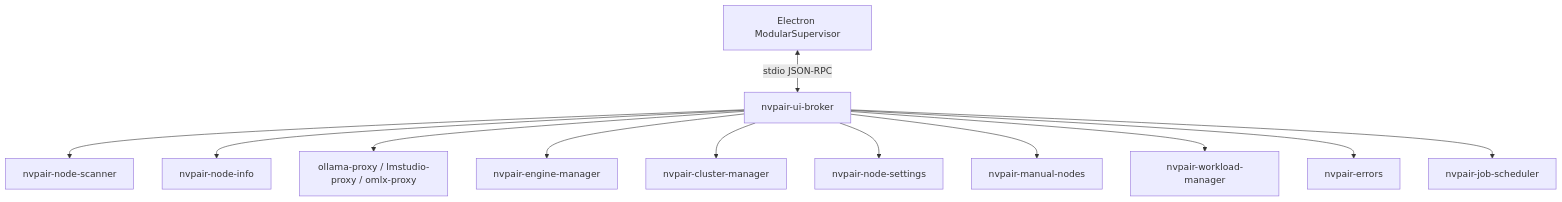
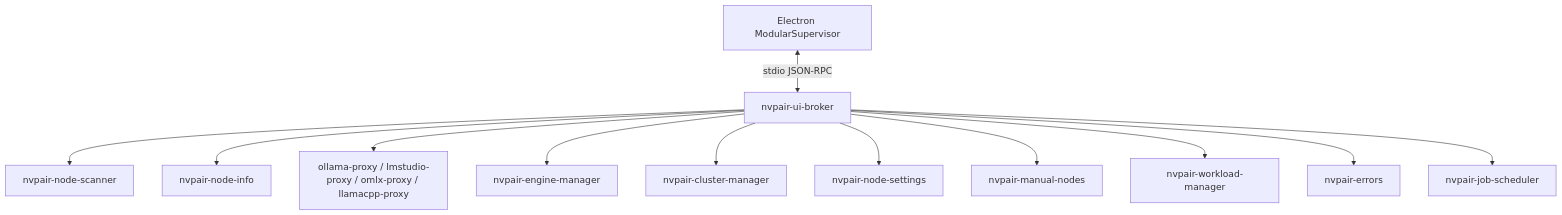
The diagram in desktop/docs/services-backend.md (JaredP94/Personal-AI-Router), drawn with Mermaid before and after one commit. The commit also changed other lines of this file and 87 other files, not shown here.

````diff
--- a/desktop/docs/services-backend.md
+++ b/desktop/docs/services-backend.md
@@ -43,27 +44,27 @@
 ```mermaid
 flowchart TB
     Electron["Electron ModularSupervisor"]
     Broker["nvpair-ui-broker"]
     Scanner["nvpair-node-scanner"]
     NodeInfo["nvpair-node-info"]
-    Proxies["ollama-proxy / lmstudio-proxy / omlx-proxy"]
+    Proxies["ollama-proxy / lmstudio-proxy / omlx-proxy / llamacpp-proxy"]
     Engines["nvpair-engine-manager"]
     Cluster["nvpair-cluster-manager"]
     Settings["nvpair-node-settings"]
     Manual["nvpair-manual-nodes"]
     Workloads["nvpair-workload-manager"]
     Errors["nvpair-errors"]
     Scheduler["nvpair-job-scheduler"]
 
     Electron <-->|"stdio JSON-RPC"| Broker
     Broker --> Scanner
     Broker --> NodeInfo
     Broker --> Proxies
     Broker --> Engines
     Broker --> Cluster
     Broker --> Settings
     Broker --> Manual
     Broker --> Workloads
     Broker --> Errors
     Broker --> Scheduler
 ```
````
